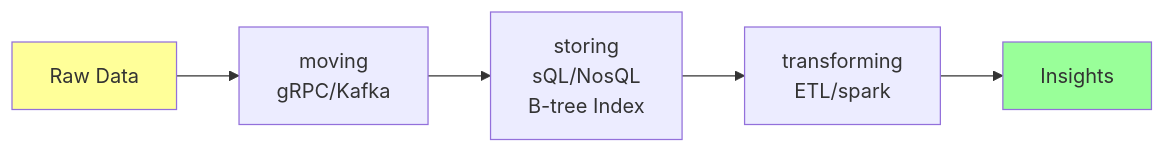
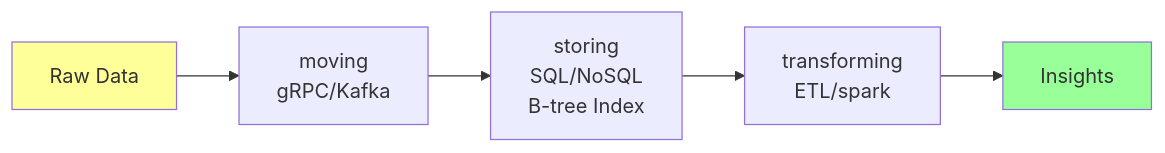
One commit to brk-a/system-design changed the second of 6 diagrams in 0x10-system_design/2-design_requirements.md. Above: the diagram before and after it, drawn with Mermaid. The commit also changed other lines of this file, not shown here.

````diff
--- a/0x10-system_design/2-design_requirements.md
+++ b/0x10-system_design/2-design_requirements.md
@@ -54,9 +54,9 @@
 ```mermaid
     flowchart LR
         Raw[Raw Data] --> Move[moving<br/>gRPC/Kafka]
-        Move --> store[storing<br/>sQL/NosQL<br/>B-tree Index]
+        Move --> store[storing<br/>SQL/NoSQL<br/>B-tree Index]
         store --> Transform[transforming<br/>ETL/spark]
         Transform --> Insight[Insights]
         style Raw fill:#ff9
         style Insight fill:#9f9
 ```
````
